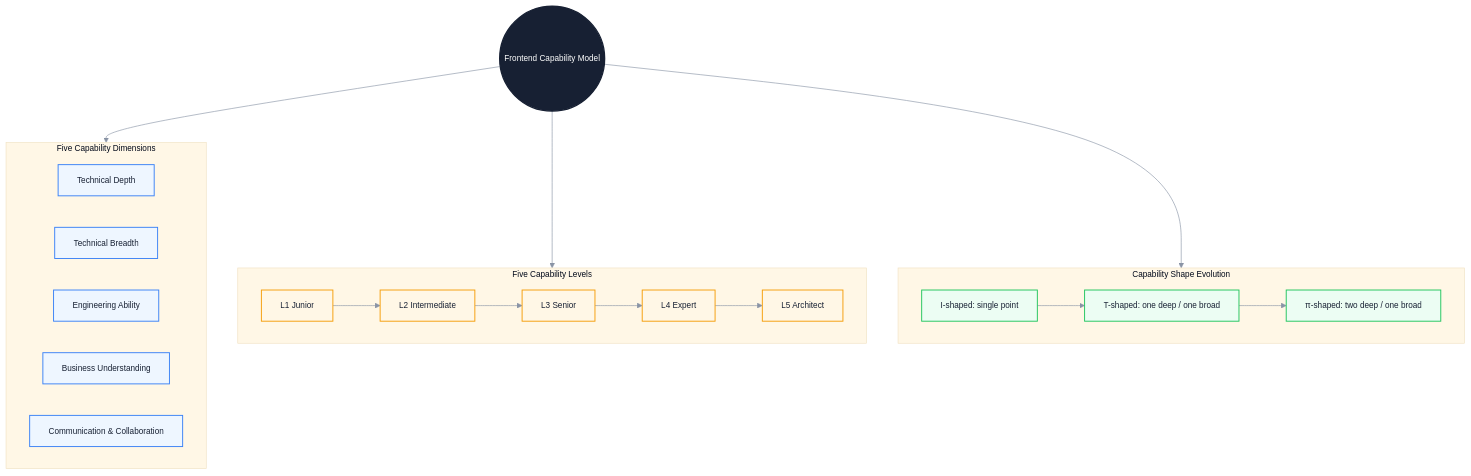
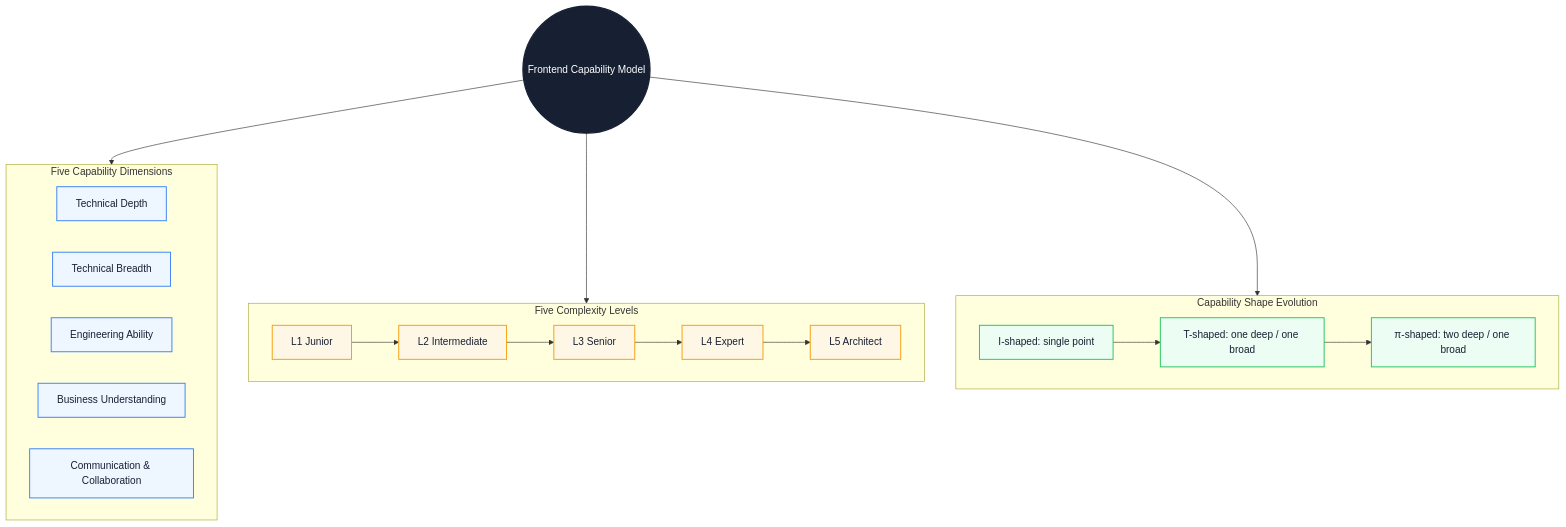
The first of 3 diagrams in docs/en/career/capability-model.md (Fatejian/frontier-vault), drawn with Mermaid before and after one commit. The commit also changed other lines of this file and 41 other files, not shown here.

````diff
--- a/docs/en/career/capability-model.md
+++ b/docs/en/career/capability-model.md
@@ -57,46 +59,45 @@
 ```mermaid
-%%{init: {'theme': 'base', 'themeVariables': { 'fontFamily': 'Inter, PingFang SC, Microsoft YaHei, sans-serif', 'primaryColor': '#EEF6FF', 'primaryTextColor': '#172033', 'primaryBorderColor': '#6EA8FE', 'lineColor': '#8A94A6', 'secondaryColor': '#F7F9FC', 'tertiaryColor': '#FFF7E6', 'fontSize': '13px'}}}%%
 flowchart TB
     Core(("Frontend Capability Model"))
 
     subgraph Dimensions["Five Capability Dimensions"]
         direction LR
         D1["Technical Depth"]
         D2["Technical Breadth"]
         D3["Engineering Ability"]
         D4["Business Understanding"]
         D5["Communication & Collaboration"]
     end
 
-    subgraph Levels["Five Capability Levels"]
+    subgraph Levels["Five Complexity Levels"]
         direction LR
         L1["L1 Junior"]
         L2["L2 Intermediate"]
         L3["L3 Senior"]
         L4["L4 Expert"]
         L5["L5 Architect"]
         L1 --> L2 --> L3 --> L4 --> L5
     end
 
     subgraph Shape["Capability Shape Evolution"]
         direction LR
         S1["I-shaped: single point"]
         S2["T-shaped: one deep / one broad"]
         S3["π-shaped: two deep / one broad"]
         S1 --> S2 --> S3
     end
 
     Core --> Dimensions
     Core --> Levels
     Core --> Shape
 
     classDef core fill:#172033,color:#fff,stroke:#172033,stroke-width:2px;
-    classDef dim fill:#EEF6FF,stroke:#3B82F6,color:#172033,stroke-width:1.5px;
-    classDef level fill:#FFF7E6,stroke:#F59E0B,color:#172033,stroke-width:1.5px;
-    classDef shape fill:#ECFDF3,stroke:#22C55E,color:#172033,stroke-width:1.5px;
+    classDef wait fill:#EEF6FF,stroke:#3B82F6,color:#172033,stroke-width:1.5px;
+    classDef block fill:#FFF7E6,stroke:#F59E0B,color:#172033,stroke-width:1.5px;
+    classDef work fill:#ECFDF3,stroke:#22C55E,color:#172033,stroke-width:1.5px;
 
     class Core core;
-    class D1,D2,D3,D4,D5 dim;
-    class L1,L2,L3,L4,L5 level;
-    class S1,S2,S3 shape;
+    class D1,D2,D3,D4,D5 wait;
+    class L1,L2,L3,L4,L5 block;
+    class S1,S2,S3 work;
 ```
````
